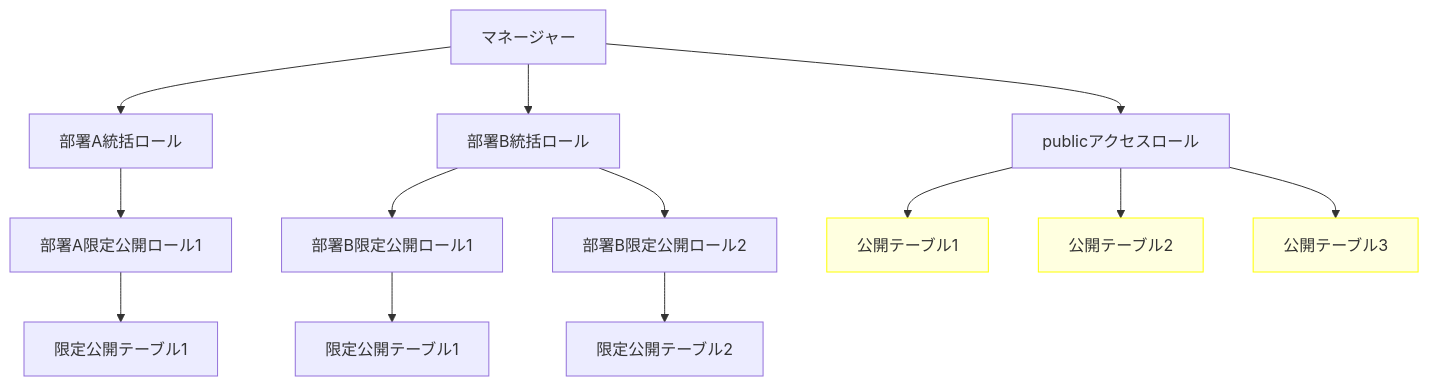
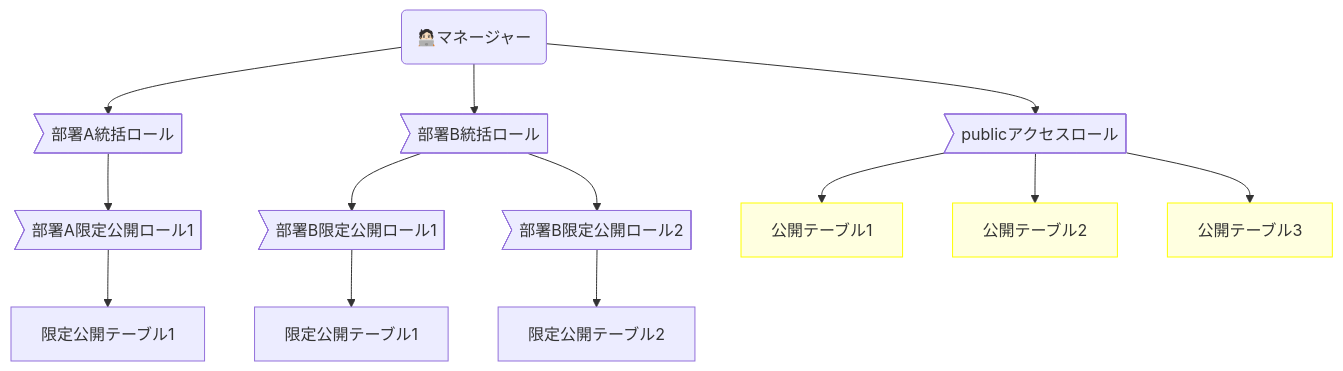
Before and after one commit to future-architect/arch-guidelines: the fifth of 8 diagrams in documents/forDataManagement/datamanagement_guidelines.md, drawn with Mermaid. The commit also changed other lines of this file, not shown here.

````diff
--- a/documents/forDataManagement/datamanagement_guidelines.md
+++ b/documents/forDataManagement/datamanagement_guidelines.md
@@ -1486,24 +1464,24 @@
 ```mermaid
 graph TD
-    A[マネージャー] --> B1[部署A統括ロール];
-    A --> B2[部署B統括ロール];
-    A --> B3[publicアクセスロール];
+    A(🧑🏻‍💻マネージャー) --> B1>部署A統括ロール];
+    A --> B2>部署B統括ロール];
+    A --> B3>publicアクセスロール];
 
-    B1 --> C1[部署A限定公開ロール1];
+    B1 --> C1>部署A限定公開ロール1];
 
-    B2 --> D1[部署B限定公開ロール1];
-    B2 --> D2[部署B限定公開ロール2];
+    B2 --> D1>部署B限定公開ロール1];
+    B2 --> D2>部署B限定公開ロール2];
 
     C1 --> C1T1[限定公開テーブル1];
 
     D1 --> D1T1[限定公開テーブル1];
 
     D2 --> D2T2[限定公開テーブル2];
 
     B3 --> P1[公開テーブル1];
     B3 --> P2[公開テーブル2];
     B3 --> P3[公開テーブル3];
 
     classDef publicTables fill:#FFFFE0,stroke:#FFFF00;
     class P1,P2,P3 publicTables;
 ```
````
